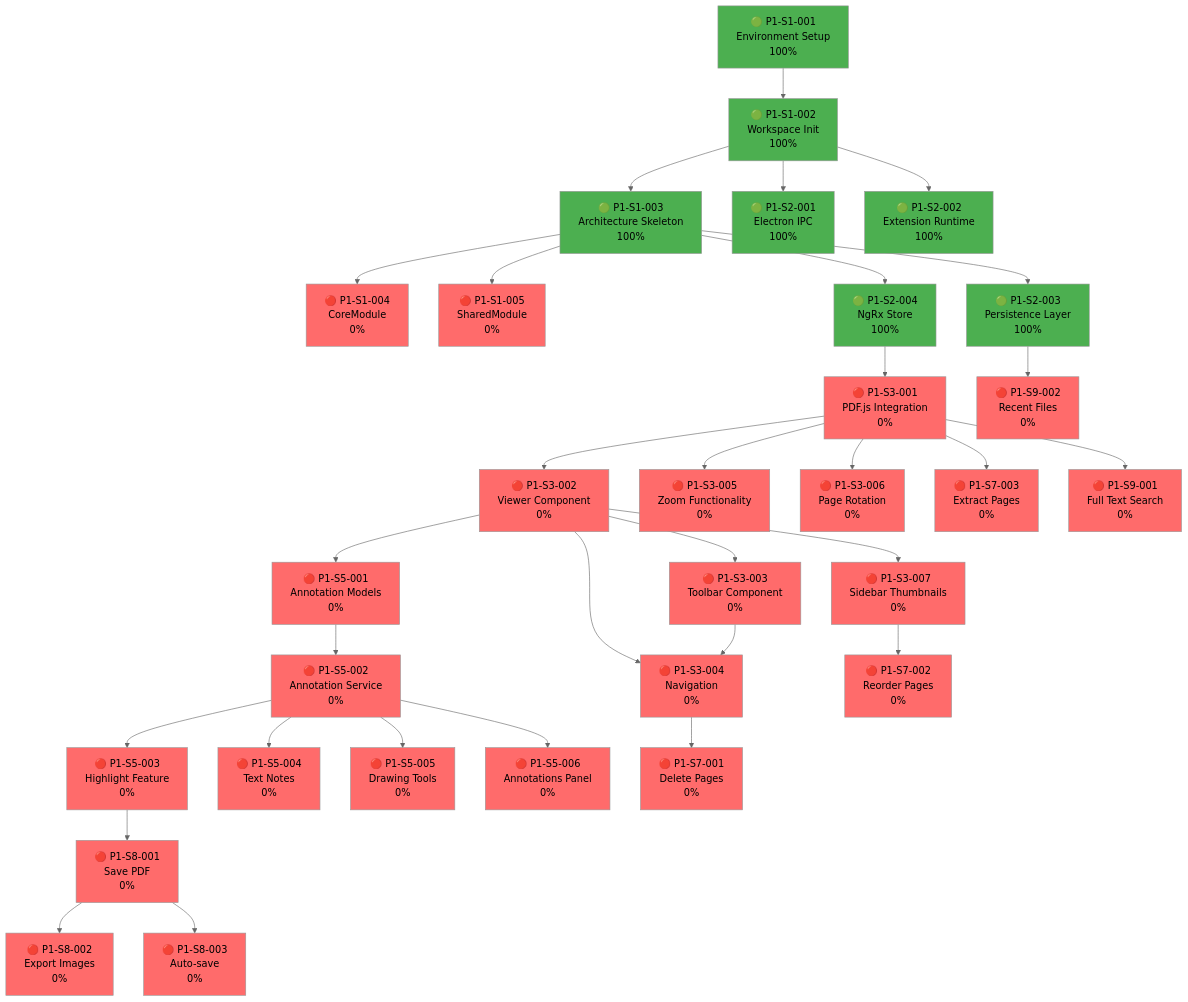
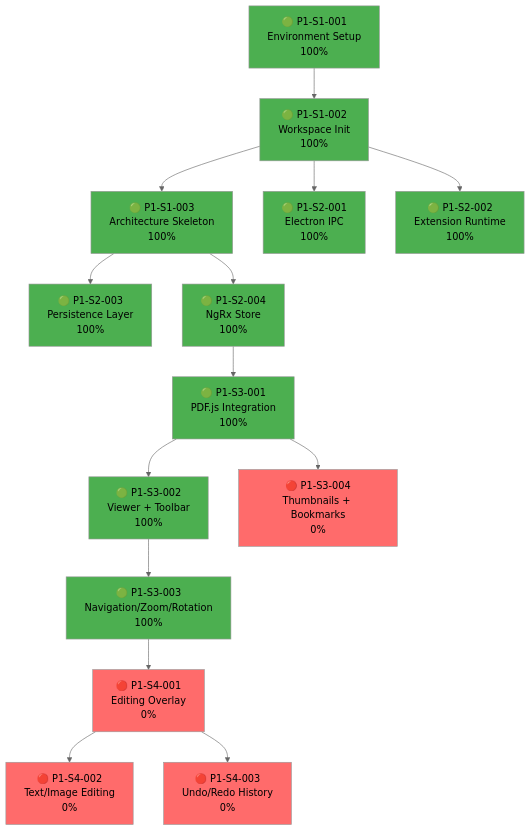
The diagram in master/CODE_COMPLETION_GRAPH.md (gullapudigupta/PDF), drawn with Mermaid (neutral theme) before and after one commit. The commit also changed other lines of this file and 13 other files, not shown here.

````diff
--- a/master/CODE_COMPLETION_GRAPH.md
+++ b/master/CODE_COMPLETION_GRAPH.md
@@ -12,76 +12,34 @@
 ```mermaid
 graph TD
     A["🟢 P1-S1-001<br/>Environment Setup<br/>100%"] --> B["🟢 P1-S1-002<br/>Workspace Init<br/>100%"]
+    B --> C["🟢 P1-S1-003<br/>Architecture Skeleton<br/>100%"]
 
-    B --> D["🟢 P1-S1-003<br/>Architecture Skeleton<br/>100%"]
+    B --> D["🟢 P1-S2-001<br/>Electron IPC<br/>100%"]
+    B --> E["🟢 P1-S2-002<br/>Extension Runtime<br/>100%"]
+    C --> F["🟢 P1-S2-003<br/>Persistence Layer<br/>100%"]
+    C --> G["🟢 P1-S2-004<br/>NgRx Store<br/>100%"]
 
-    D --> F["🔴 P1-S1-004<br/>CoreModule<br/>0%"]
-    D --> G["🔴 P1-S1-005<br/>SharedModule<br/>0%"]
+    G --> H["🟢 P1-S3-001<br/>PDF.js Integration<br/>100%"]
+    H --> I["🟢 P1-S3-002<br/>Viewer + Toolbar<br/>100%"]
+    I --> J["🟢 P1-S3-003<br/>Navigation/Zoom/Rotation<br/>100%"]
+    H --> K["🔴 P1-S3-004<br/>Thumbnails + Bookmarks<br/>0%"]
 
-    B --> H["🟢 P1-S2-001<br/>Electron IPC<br/>100%"]
-    B --> I["🟢 P1-S2-002<br/>Extension Runtime<br/>100%"]
-    D --> J["🟢 P1-S2-003<br/>Persistence Layer<br/>100%"]
-    D --> K["🟢 P1-S2-004<br/>NgRx Store<br/>100%"]
-
-    K --> L["🔴 P1-S3-001<br/>PDF.js Integration<br/>0%"]
-
-    L --> M["🔴 P1-S3-002<br/>Viewer Component<br/>0%"]
-    L --> N["🔴 P1-S3-005<br/>Zoom Functionality<br/>0%"]
-    L --> O["🔴 P1-S3-006<br/>Page Rotation<br/>0%"]
-
-    M --> P["🔴 P1-S3-003<br/>Toolbar Component<br/>0%"]
-    M --> Q["🔴 P1-S3-004<br/>Navigation<br/>0%"]
-    M --> R["🔴 P1-S3-007<br/>Sidebar Thumbnails<br/>0%"]
-
-    P --> Q
-
-    M --> S["🔴 P1-S5-001<br/>Annotation Models<br/>0%"]
-
-    S --> T["🔴 P1-S5-002<br/>Annotation Service<br/>0%"]
-    T --> U["🔴 P1-S5-003<br/>Highlight Feature<br/>0%"]
-    T --> V["🔴 P1-S5-004<br/>Text Notes<br/>0%"]
-    T --> W["🔴 P1-S5-005<br/>Drawing Tools<br/>0%"]
-    T --> X["🔴 P1-S5-006<br/>Annotations Panel<br/>0%"]
-
-    Q --> Y["🔴 P1-S7-001<br/>Delete Pages<br/>0%"]
-    R --> Z["🔴 P1-S7-002<br/>Reorder Pages<br/>0%"]
-    L --> AA["🔴 P1-S7-003<br/>Extract Pages<br/>0%"]
-
-    U --> AB["🔴 P1-S8-001<br/>Save PDF<br/>0%"]
-    AB --> AC["🔴 P1-S8-002<br/>Export Images<br/>0%"]
-    AB --> AD["🔴 P1-S8-003<br/>Auto-save<br/>0%"]
-
-    L --> AE["🔴 P1-S9-001<br/>Full Text Search<br/>0%"]
-    J --> AF["🔴 P1-S9-002<br/>Recent Files<br/>0%"]
+    J --> L["🔴 P1-S4-001<br/>Editing Overlay<br/>0%"]
+    L --> M["🔴 P1-S4-002<br/>Text/Image Editing<br/>0%"]
+    L --> N["🔴 P1-S4-003<br/>Undo/Redo History<br/>0%"]
 
     style A fill:#4caf50
     style B fill:#4caf50
+    style C fill:#4caf50
     style D fill:#4caf50
+    style E fill:#4caf50
+    style F fill:#4caf50
+    style G fill:#4caf50
     style H fill:#4caf50
     style I fill:#4caf50
     style J fill:#4caf50
-    style K fill:#4caf50
-    style F fill:#ff6b6b
-    style G fill:#ff6b6b
+    style K fill:#ff6b6b
     style L fill:#ff6b6b
     style M fill:#ff6b6b
     style N fill:#ff6b6b
-    style O fill:#ff6b6b
-    style P fill:#ff6b6b
-    style Q fill:#ff6b6b
-    style R fill:#ff6b6b
-    style S fill:#ff6b6b
-    style T fill:#ff6b6b
-    style U fill:#ff6b6b
-    style V fill:#ff6b6b
-    style W fill:#ff6b6b
-    style X fill:#ff6b6b
-    style Y fill:#ff6b6b
-    style Z fill:#ff6b6b
-    style AA fill:#ff6b6b
-    style AB fill:#ff6b6b
-    style AC fill:#ff6b6b
-    style AD fill:#ff6b6b
-    style AE fill:#ff6b6b
-    style AF fill:#ff6b6b
 ```
````
